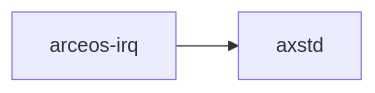
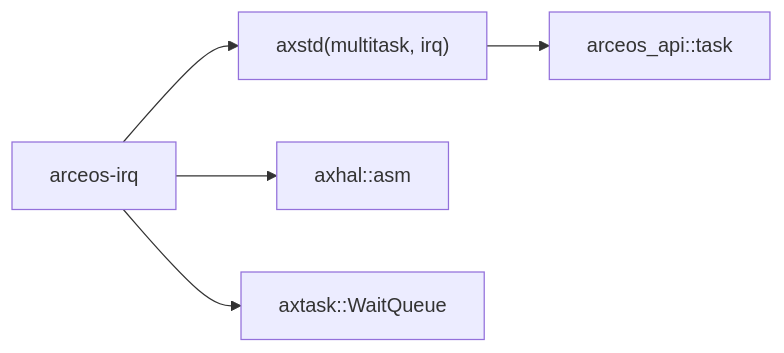
Before and after one commit to rcore-os/tgoskits: the second of 2 diagrams in docs/crates/arceos-irq.md, drawn with Mermaid. The commit also changed other lines of this file and 99 other files, not shown here.

````diff
--- a/docs/crates/arceos-irq.md
+++ b/docs/crates/arceos-irq.md
@@ -32,5 +88,7 @@
 ```mermaid
 graph LR
-    current["arceos-irq"]
-    current --> axstd["axstd"]
+    test["arceos-irq"] --> axstd["axstd(multitask, irq)"]
+    test --> axhal["axhal::asm"]
+    test --> axtask["axtask::WaitQueue"]
+    axstd --> arceos_api["arceos_api::task"]
 ```
````
